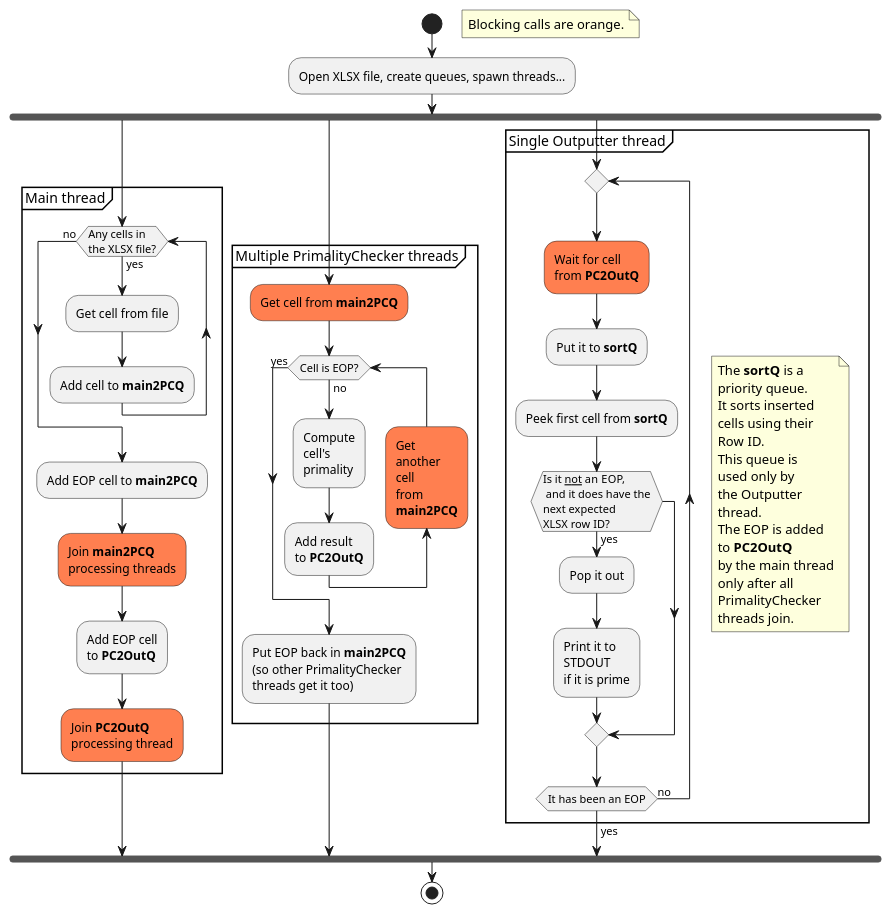
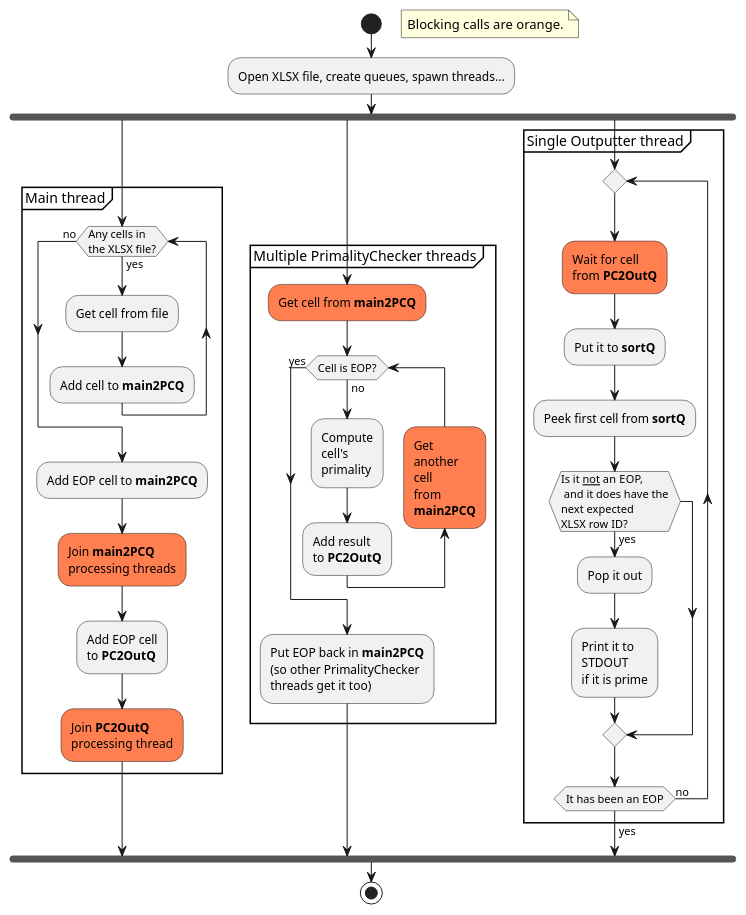
One commit to RichardBenes/sdc-exercise changed the diagram in multithreaded-arch.puml. Above: the diagram before and after it, drawn with PlantUML. The commit also changed 1 other file, not shown here.

```diff
--- a/multithreaded-arch.puml
+++ b/multithreaded-arch.puml
@@ -1,72 +1,55 @@
 @startuml
 
 start
 
 floating note right: Blocking calls are orange.
 
 :Open XLSX file, create queues, spawn threads...;
 
 <style>
 .blocking {
     BackgroundColor coral
 }
 </style>
 
 fork
     partition Main thread {
         while (Any cells in\nthe XLSX file?) is (yes)
             :Get cell from file;
             :Add cell to **main2PCQ**;
         endwhile (no)
         :Add EOP cell to **main2PCQ**;
         :Join **main2PCQ**\nprocessing threads; <<blocking>>
         :Add EOP cell\nto **PC2OutQ**;
         :Join **PC2OutQ**\nprocessing thread; <<blocking>>
     }
 fork again
     partition Multiple PrimalityChecker threads {
         :Get cell from **main2PCQ**; <<blocking>>
         while (Cell is EOP?) is (no)
             :Compute\ncell's\nprimality;
             :Add result\nto **PC2OutQ**;
             backward :Get\nanother\ncell\nfrom\n**main2PCQ**; <<blocking>>
         endwhile (yes)
         :Put EOP back in **main2PCQ**\n(so other PrimalityChecker\nthreads get it too);
     }
 fork again
     partition Single Outputter thread {
-        floating note right
-            The **sortQ** is a 
-            priority queue.
-            It sorts inserted
-            cells using their
-            Row ID.
-            This queue is
-            used only by
-            the Outputter
-            thread.
-            The EOP is added
-            to **PC2OutQ** 
-            by the main thread
-            only after all 
-            PrimalityChecker 
-            threads join.        
-        end note
         repeat
             :Wait for cell\nfrom **PC2OutQ**; <<blocking>>
             :Put it to **sortQ**;
             :Peek first cell from **sortQ**;
             
             if (Is it __not__ an EOP,\n and it does have the\nnext expected\nXLSX row ID?) then (yes)
                 :Pop it out;
                 :Print it to\nSTDOUT\nif it is prime;
             endif
             
         repeat while (It has been an EOP) is (no)
         ->yes;
     }
 end fork
 
 stop
 
 @enduml
```
